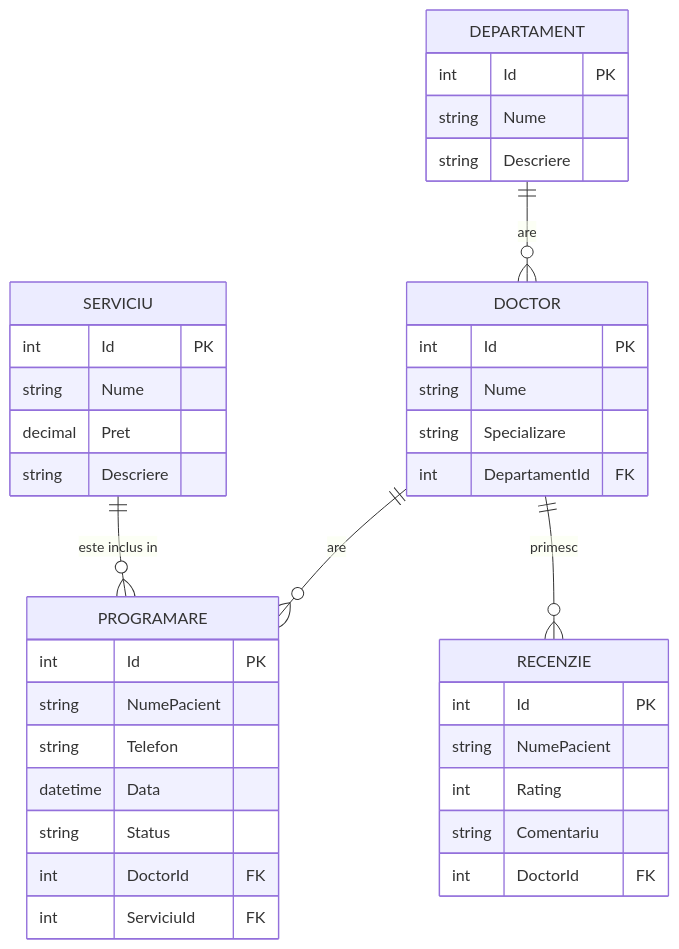
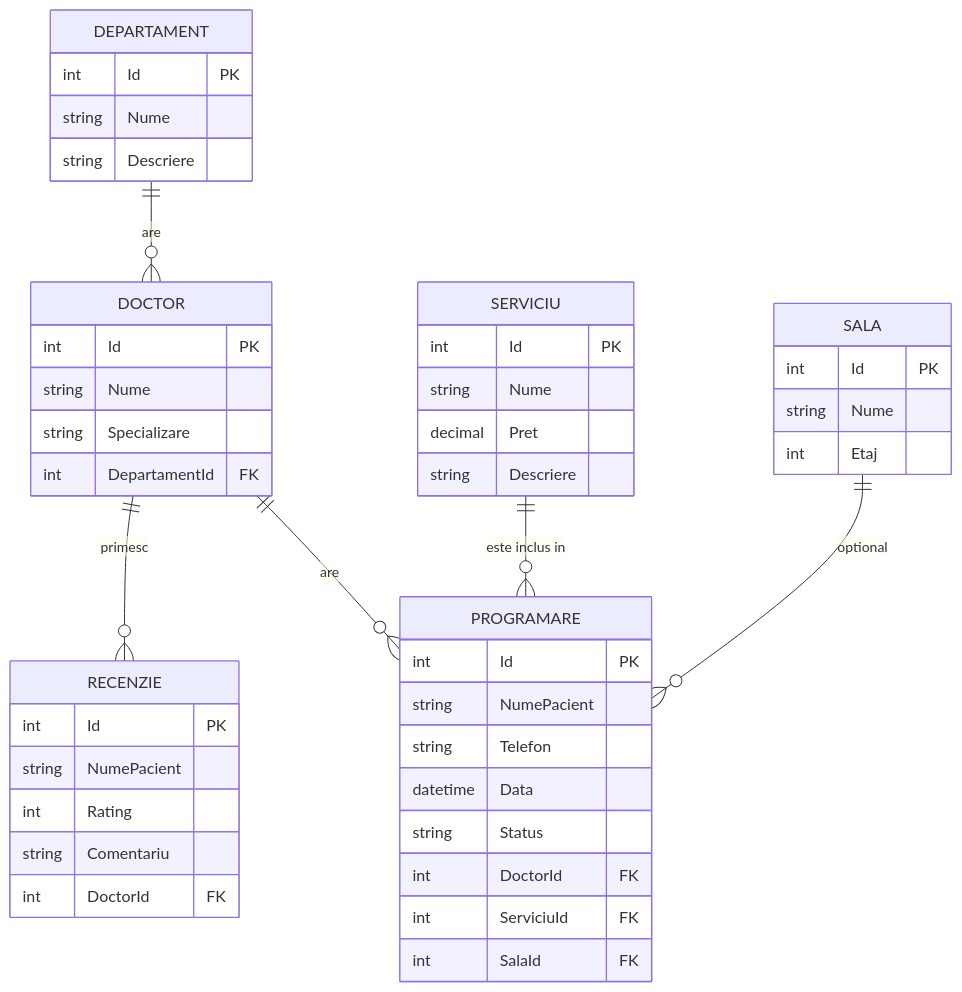
The diagram in docs/Raport_BazaDeDate.md (ALEXVaduva17/paw-spital), drawn with Mermaid before and after one commit. The commit also changed other lines of this file and 127 other files, not shown here.

````diff
--- a/docs/Raport_BazaDeDate.md
+++ b/docs/Raport_BazaDeDate.md
@@ -10,45 +10,53 @@
 ```mermaid
 erDiagram
     DEPARTAMENT ||--o{ DOCTOR : "are"
     DOCTOR ||--o{ PROGRAMARE : "are"
     DOCTOR ||--o{ RECENZIE : "primesc"
     SERVICIU ||--o{ PROGRAMARE : "este inclus in"
+    SALA ||--o{ PROGRAMARE : "optional"
 
     DEPARTAMENT {
         int Id PK
         string Nume
         string Descriere
     }
 
     DOCTOR {
         int Id PK
         string Nume
         string Specializare
         int DepartamentId FK
     }
 
     SERVICIU {
         int Id PK
         string Nume
         decimal Pret
         string Descriere
     }
 
+    SALA {
+        int Id PK
+        string Nume
+        int Etaj
+    }
+
     PROGRAMARE {
         int Id PK
         string NumePacient
         string Telefon
         datetime Data
         string Status
         int DoctorId FK
         int ServiciuId FK
+        int SalaId FK
     }
 
     RECENZIE {
         int Id PK
         string NumePacient
         int Rating
         string Comentariu
         int DoctorId FK
     }
 ```
````
